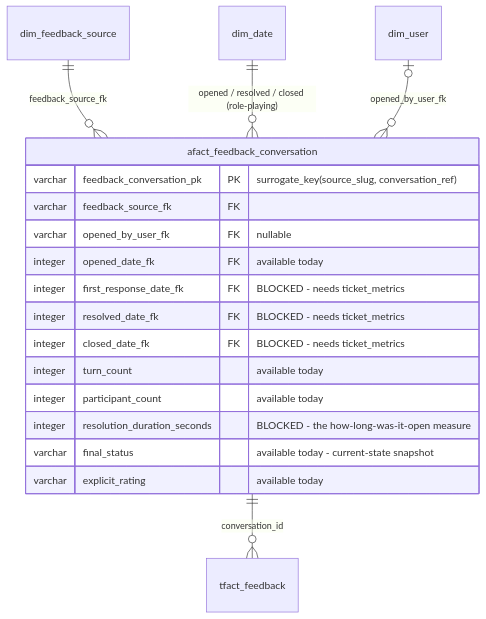
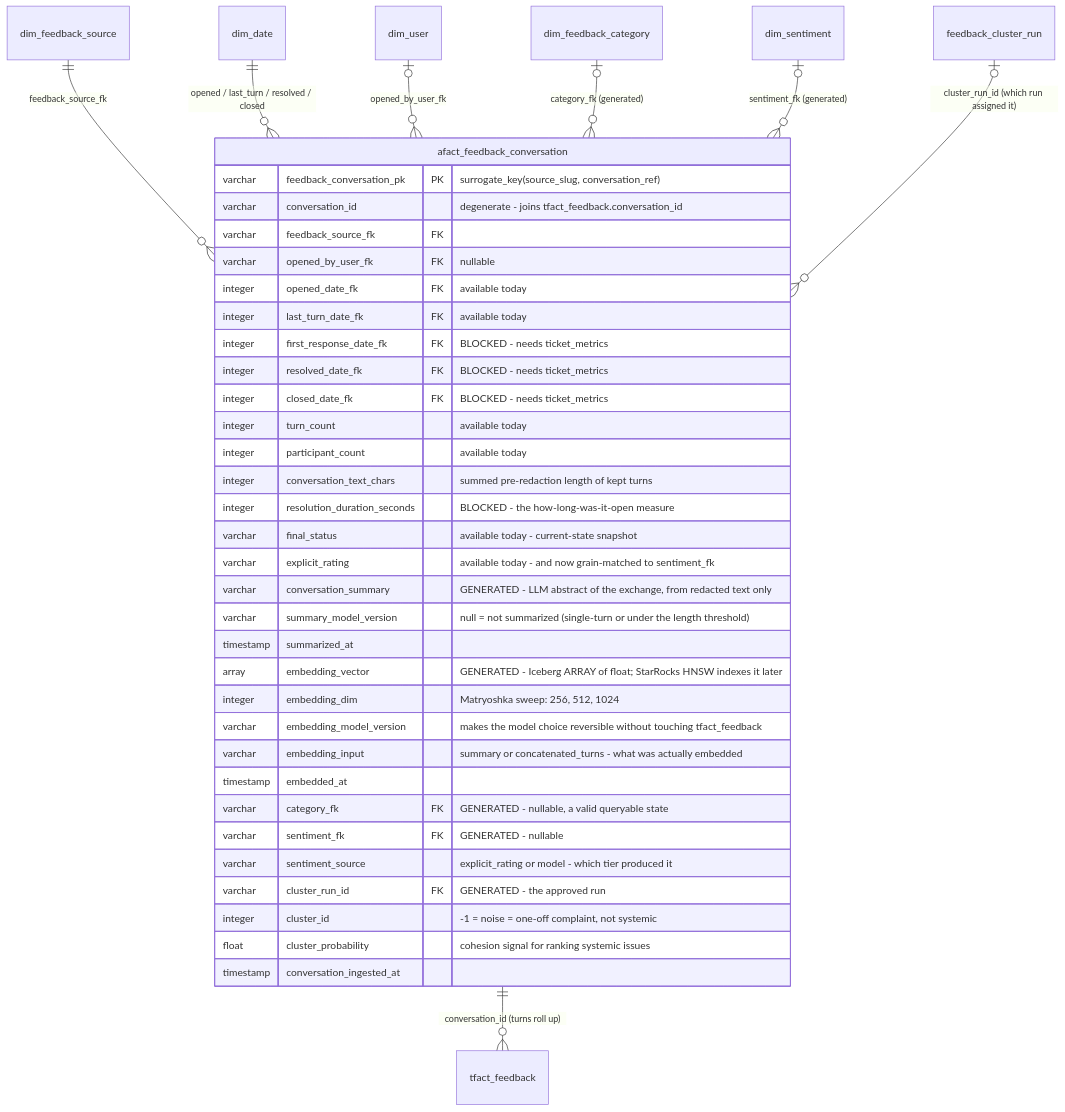
The third of 6 diagrams in docs/design/feedback_erd.md (mitodl/ol-data-platform), drawn with Mermaid before and after one commit. The commit also changed other lines of this file and 7 other files, not shown here.

````diff
--- a/docs/design/feedback_erd.md
+++ b/docs/design/feedback_erd.md
@@ -247,22 +256,43 @@
 ```mermaid
 erDiagram
-    afact_feedback_conversation ||--o{ tfact_feedback : "conversation_id"
-    dim_feedback_source ||--o{ afact_feedback_conversation : "feedback_source_fk"
-    dim_date            ||--o{ afact_feedback_conversation : "opened / resolved / closed (role-playing)"
-    dim_user            |o--o{ afact_feedback_conversation : "opened_by_user_fk"
+    afact_feedback_conversation ||--o{ tfact_feedback : "conversation_id (turns roll up)"
+    dim_feedback_source   ||--o{ afact_feedback_conversation : "feedback_source_fk"
+    dim_date              ||--o{ afact_feedback_conversation : "opened / last_turn / resolved / closed"
+    dim_user              |o--o{ afact_feedback_conversation : "opened_by_user_fk"
+    dim_feedback_category |o--o{ afact_feedback_conversation : "category_fk (generated)"
+    dim_sentiment         |o--o{ afact_feedback_conversation : "sentiment_fk (generated)"
+    feedback_cluster_run  |o--o{ afact_feedback_conversation : "cluster_run_id (which run assigned it)"
 
     afact_feedback_conversation {
         varchar feedback_conversation_pk PK "surrogate_key(source_slug, conversation_ref)"
+        varchar conversation_id "degenerate - joins tfact_feedback.conversation_id"
         varchar feedback_source_fk FK
         varchar opened_by_user_fk FK "nullable"
         integer opened_date_fk FK "available today"
+        integer last_turn_date_fk FK "available today"
         integer first_response_date_fk FK "BLOCKED - needs ticket_metrics"
         integer resolved_date_fk FK "BLOCKED - needs ticket_metrics"
         integer closed_date_fk FK "BLOCKED - needs ticket_metrics"
         integer turn_count "available today"
         integer participant_count "available today"
+        integer conversation_text_chars "summed pre-redaction length of kept turns"
         integer resolution_duration_seconds "BLOCKED - the how-long-was-it-open measure"
         varchar final_status "available today - current-state snapshot"
-        varchar explicit_rating "available today"
+        varchar explicit_rating "available today - and now grain-matched to sentiment_fk"
+        varchar conversation_summary "GENERATED - LLM abstract of the exchange, from redacted text only"
+        varchar summary_model_version "null = not summarized (single-turn or under the length threshold)"
+        timestamp summarized_at
+        array embedding_vector "GENERATED - Iceberg ARRAY of float; StarRocks HNSW indexes it later"
+        integer embedding_dim "Matryoshka sweep: 256, 512, 1024"
+        varchar embedding_model_version "makes the model choice reversible without touching tfact_feedback"
+        varchar embedding_input "summary or concatenated_turns - what was actually embedded"
+        timestamp embedded_at
+        varchar category_fk FK "GENERATED - nullable, a valid queryable state"
+        varchar sentiment_fk FK "GENERATED - nullable"
+        varchar sentiment_source "explicit_rating or model - which tier produced it"
+        varchar cluster_run_id FK "GENERATED - the approved run"
+        integer cluster_id "-1 = noise = one-off complaint, not systemic"
+        float cluster_probability "cohesion signal for ranking systemic issues"
+        timestamp conversation_ingested_at
     }
 ```
````
